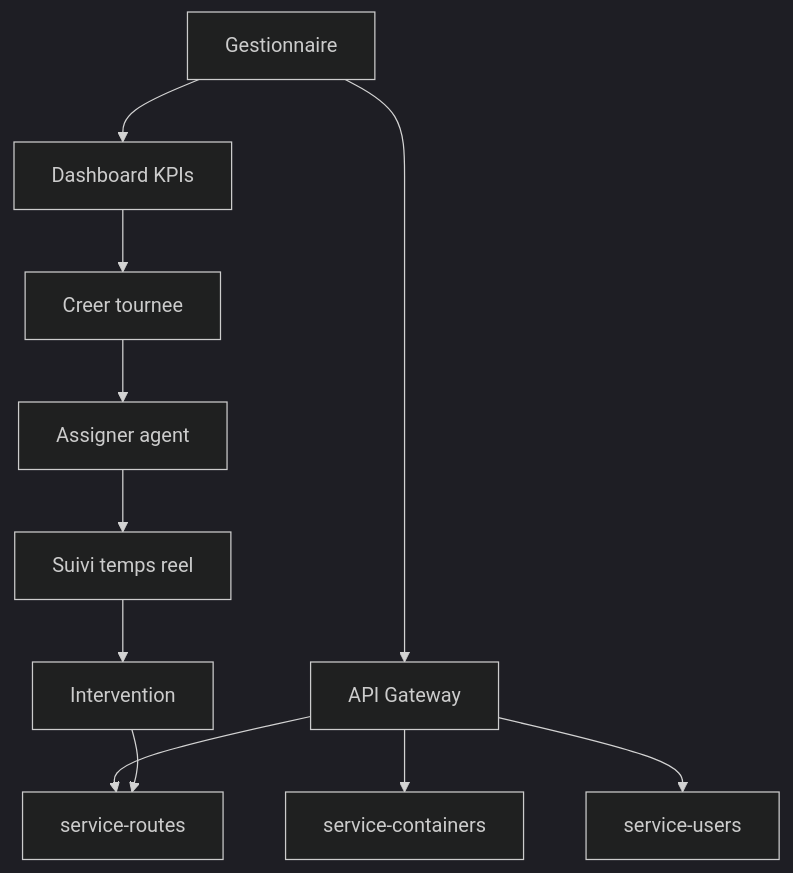
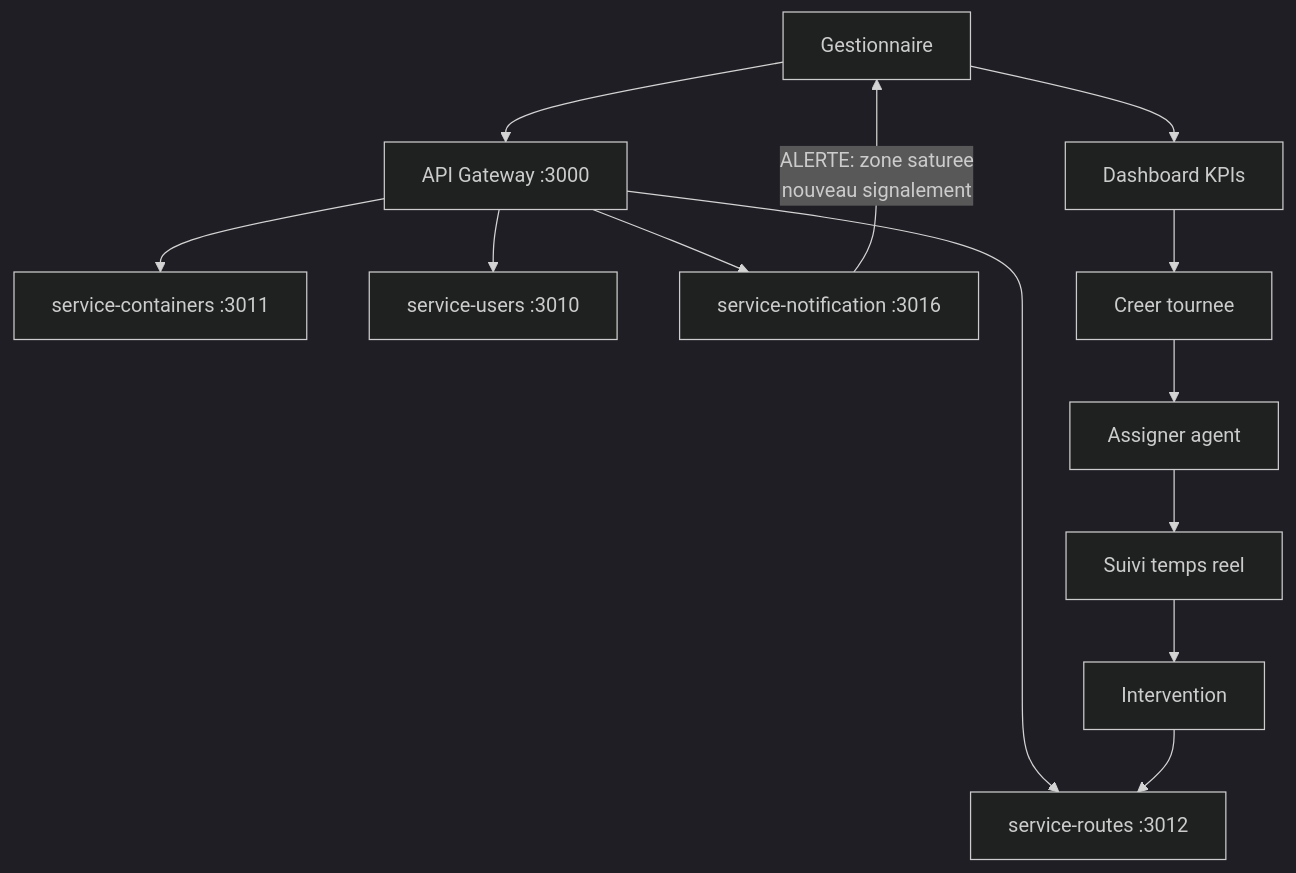
One commit to Gusly007/ecotrack-sjma changed the diagram in ecotrack-sjma/docs/diagrams/flows/gestionnaire-flux.mmd. Above: the diagram before and after it, drawn with Mermaid (dark theme). The commit also changed 61 other files, not shown here.

```diff
--- a/ecotrack-sjma/docs/diagrams/flows/gestionnaire-flux.mmd
+++ b/ecotrack-sjma/docs/diagrams/flows/gestionnaire-flux.mmd
@@ -1,13 +1,16 @@
 flowchart TD
-    G[Gestionnaire] --> API[API Gateway]
-    API --> R[service-routes]
-    API --> C[service-containers]
-    API --> U[service-users]
-    
+    G[Gestionnaire] --> API[API Gateway :3000]
+    API --> R[service-routes :3012]
+    API --> C[service-containers :3011]
+    API --> U[service-users :3010]
+    API --> SN[service-notification :3016]
+
     G --> D[Dashboard KPIs]
     D --> T[Creer tournee]
     T --> A[Assigner agent]
     A --> S[Suivi temps reel]
-    
+
     S --> I[Intervention]
     I --> R
+
+    SN -->|"ALERTE: zone saturee<br/>nouveau signalement"| G
```
